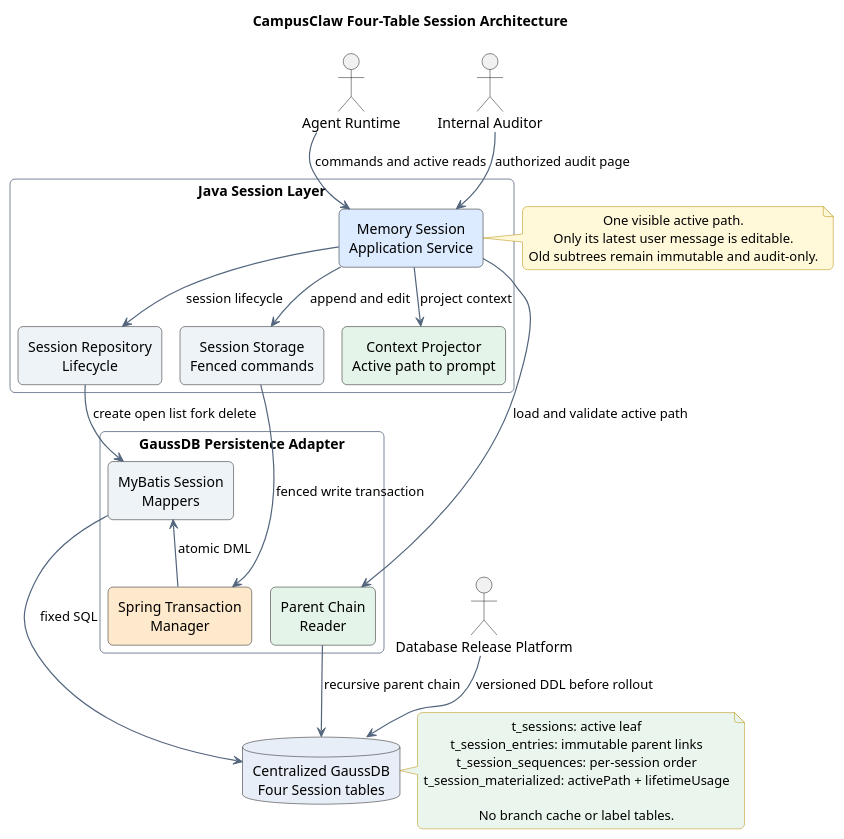
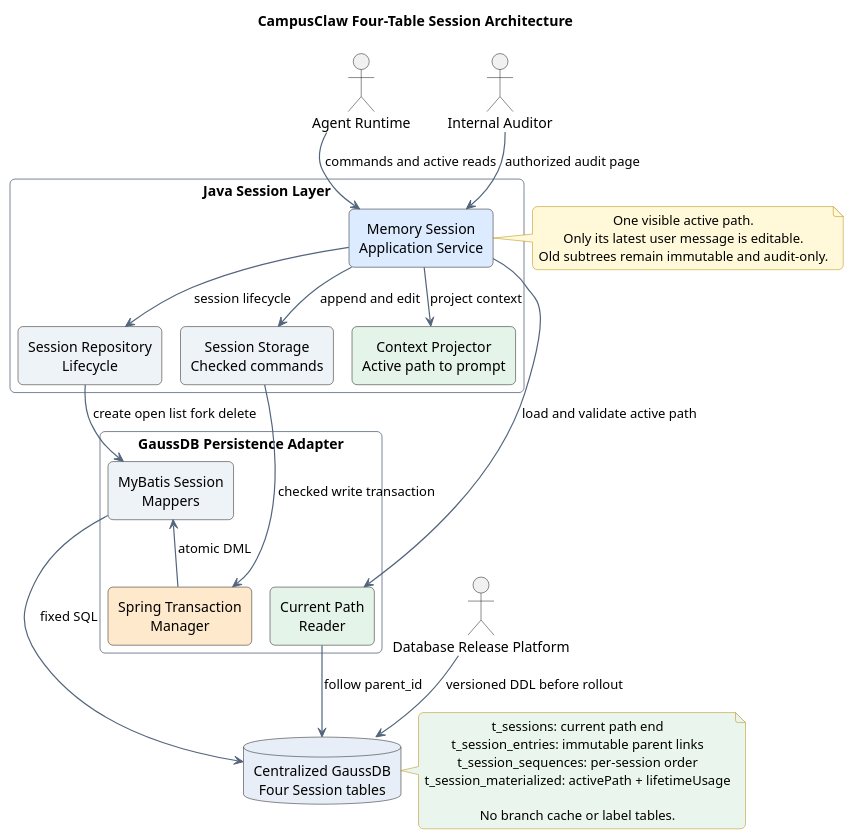
One commit to ssm0808/pi-mono-java-design changed the first of 4 diagrams in diagrams/memory/diagram.puml. Above: the diagram before and after it, drawn with PlantUML. The commit also changed other lines of this file and 8 other files, not shown here.

```diff
--- a/diagrams/memory/diagram.puml
+++ b/diagrams/memory/diagram.puml
@@ -6,88 +6,88 @@
 @startuml memory-architecture
 !pragma layout smetana
 title CampusClaw Four-Table Session Architecture
 top to bottom direction
 
 skinparam backgroundColor #FFFFFF
 skinparam shadowing false
 skinparam roundcorner 10
 skinparam packageStyle rectangle
 skinparam componentStyle rectangle
 skinparam defaultTextAlignment center
 skinparam ArrowColor #53657D
 skinparam ArrowThickness 1.2
 skinparam PackageBorderColor #7A8699
 skinparam NoteBorderColor #B58B00
 skinparam NoteBackgroundColor #FFF8D9
 
 ' Source evidence:
 ' - badlogic/pi-mono@f0deb8dd8e9611e89b5bc4145ca92c03ae6ed4ee
 ' - packages/agent/src/harness/types.ts: SessionStorage
 ' - packages/agent/src/harness/session/repository.ts: SessionRepository
 ' - packages/storage/sqlite-node/src/sqlite/repo.ts: SerialOperationQueue
 ' - packages/storage/sqlite-node/src/sqlite/storage/index.ts: appendEntry
 ' Observed behavior: pi stores parent links, an active leaf, materialized state,
 ' branch caches, and entry materialized labels in a local SQLite backend.
 ' Target-only product constraint: CampusClaw exposes one active path and only
 ' allows editing the latest user message on that path.
 ' Architecture change: centralized GaussDB keeps four tables and reconstructs
 ' the active path from parent_id without branch cache tables.
-' Concurrency hardening: expected leaf and parent fences protect multi-Pod writes.
+' Concurrency hardening: expected path-end and parent checks protect multi-Pod writes.
 ' Design reason: group command, query, and release flows into readable layers.
 
 actor "Agent Runtime" as runtime
 actor "Internal Auditor" as auditor
 actor "Database Release Platform" as release
 
 runtime -[hidden]right- auditor
 
 package "Java Session Layer" as javaLayer {
   component "Memory Session\nApplication Service" as app #DCEBFF
   component "Session Repository\nLifecycle" as repository #EEF3F8
-  component "Session Storage\nFenced commands" as storage #EEF3F8
+  component "Session Storage\nChecked commands" as storage #EEF3F8
   component "Context Projector\nActive path to prompt" as projector #E4F4E8
 
   repository -[hidden]right- storage
   storage -[hidden]right- projector
   app --> repository : session lifecycle
   app --> storage : append and edit
   app --> projector : project context
 }
 
 package "GaussDB Persistence Adapter" as adapter {
   component "MyBatis Session\nMappers" as mappers #EEF3F8
   component "Spring Transaction\nManager" as tx #FFE9CC
-  component "Parent Chain\nReader" as pathReader #E4F4E8
+  component "Current Path\nReader" as pathReader #E4F4E8
 
   mappers -[hidden]right- tx
   tx -[hidden]right- pathReader
   tx --> mappers : atomic DML
 }
 
 database "Centralized GaussDB\nFour Session tables" as db #E8EEF7
 
 runtime --> app : commands and active reads
 auditor --> app : authorized audit page
 repository --> mappers : create open list fork delete
-storage --> tx : fenced write transaction
+storage --> tx : checked write transaction
 app --> pathReader : load and validate active path
 mappers --> db : fixed SQL
-pathReader --> db : recursive parent chain
+pathReader --> db : follow parent_id
 release --> db : versioned DDL before rollout
 
 note left of app
 One visible active path.
 Only its latest user message is editable.
 Old subtrees remain immutable and audit-only.
 end note
 
 note right of db #EAF6ED
-t_sessions: active leaf
+t_sessions: current path end
 t_session_entries: immutable parent links
 t_session_sequences: per-session order
 t_session_materialized: activePath + lifetimeUsage
 
 No branch cache or label tables.
 end note
 
 @enduml
```
